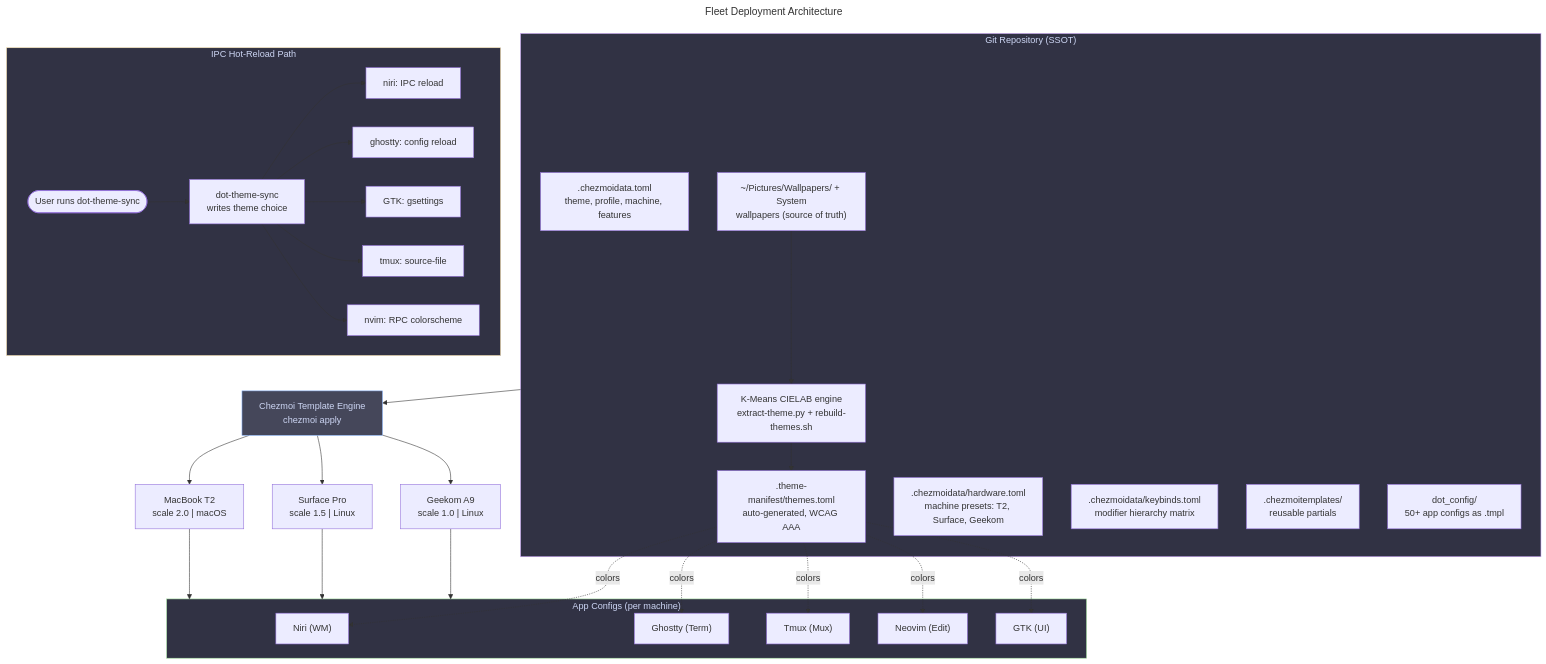
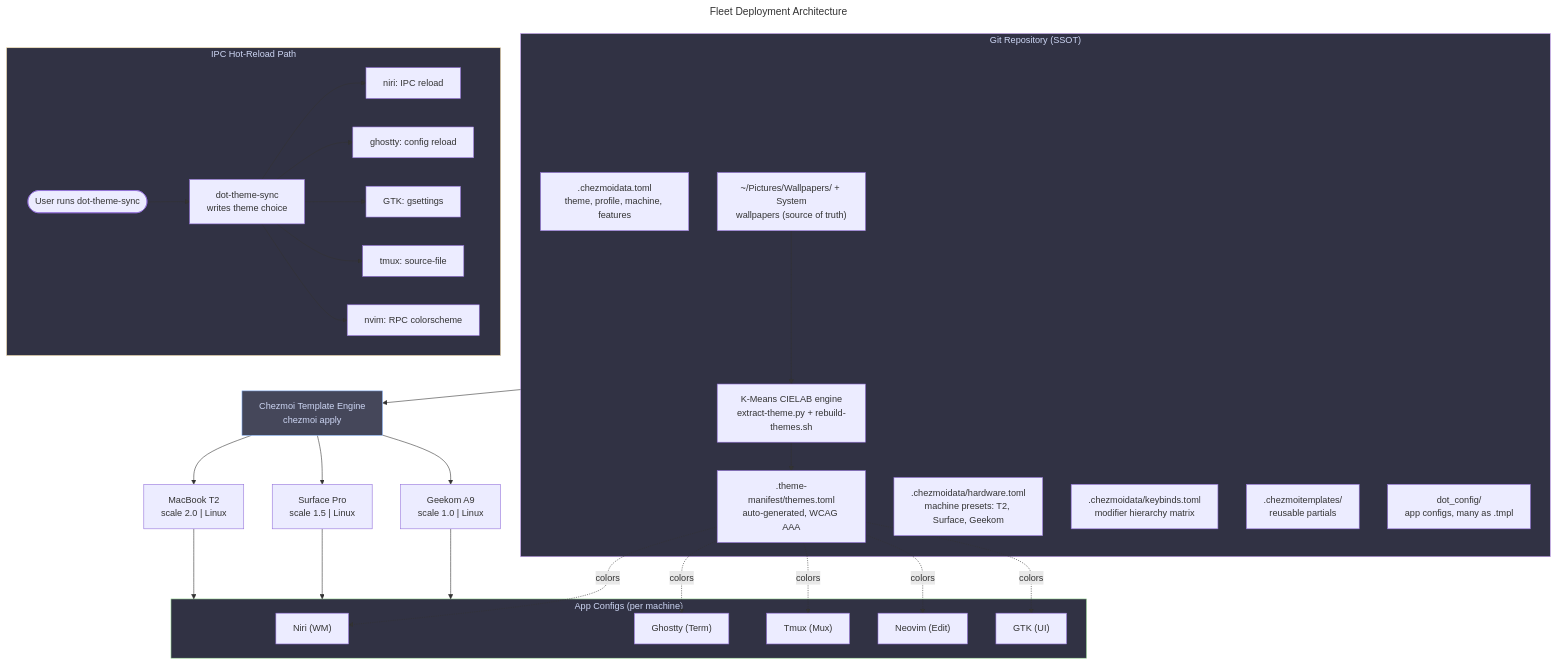
One commit to sebastienrousseau/dotfiles changed the diagram in docs/architecture/fleet-deployment.md. Above: the diagram before and after it, drawn with Mermaid. The commit also changed 236 other files, not shown here.

````diff
--- a/docs/architecture/fleet-deployment.md
+++ b/docs/architecture/fleet-deployment.md
@@ -9,52 +9,52 @@
 ```mermaid
 ---
 title: Fleet Deployment Architecture
 ---
 flowchart TD
     subgraph repo["Git Repository (SSOT)"]
         data[".chezmoidata.toml<br/>theme, profile, machine, features"]
         wallpapers["~/Pictures/Wallpapers/ + System<br/>wallpapers (source of truth)"]
         engine_k["K-Means CIELAB engine<br/>extract-theme.py + rebuild-themes.sh"]
         themes[".theme-manifest/themes.toml<br/>auto-generated, WCAG AAA"]
         hw[".chezmoidata/hardware.toml<br/>machine presets: T2, Surface, Geekom"]
         keys[".chezmoidata/keybinds.toml<br/>modifier hierarchy matrix"]
         tpl[".chezmoitemplates/<br/>reusable partials"]
-        configs["dot_config/<br/>50+ app configs as .tmpl"]
+        configs["dot_config/<br/>app configs, many as .tmpl"]
         wallpapers --> engine_k --> themes
     end
 
     repo --> engine["Chezmoi Template Engine<br/>chezmoi apply"]
 
-    engine --> t2["MacBook T2<br/>scale 2.0 | macOS"]
+    engine --> t2["MacBook T2<br/>scale 2.0 | Linux"]
     engine --> sp["Surface Pro<br/>scale 1.5 | Linux"]
     engine --> gk["Geekom A9<br/>scale 1.0 | Linux"]
 
     subgraph apps["App Configs (per machine)"]
         niri["Niri (WM)"]
         ghostty["Ghostty (Term)"]
         tmux["Tmux (Mux)"]
         nvim["Neovim (Edit)"]
         gtk["GTK (UI)"]
     end
 
     t2 --> apps
     sp --> apps
     gk --> apps
 
     themes -. "colors" .-> niri & ghostty & tmux & nvim & gtk
 
     subgraph hotreload["IPC Hot-Reload Path"]
         direction LR
         user(["User runs dot-theme-sync"]) --> ipc["dot-theme-sync<br/>writes theme choice"]
         ipc --> reload_niri["niri: IPC reload"]
         ipc --> reload_ghostty["ghostty: config reload"]
         ipc --> reload_gtk["GTK: gsettings"]
         ipc --> reload_tmux["tmux: source-file"]
         ipc --> reload_nvim["nvim: RPC colorscheme"]
     end
 
     style repo fill:#313244,stroke:#cba6f7,color:#cdd6f4
     style engine fill:#45475a,stroke:#89b4fa,color:#cdd6f4
     style apps fill:#313244,stroke:#a6e3a1,color:#cdd6f4
     style hotreload fill:#313244,stroke:#f9e2af,color:#cdd6f4
 ```
````
